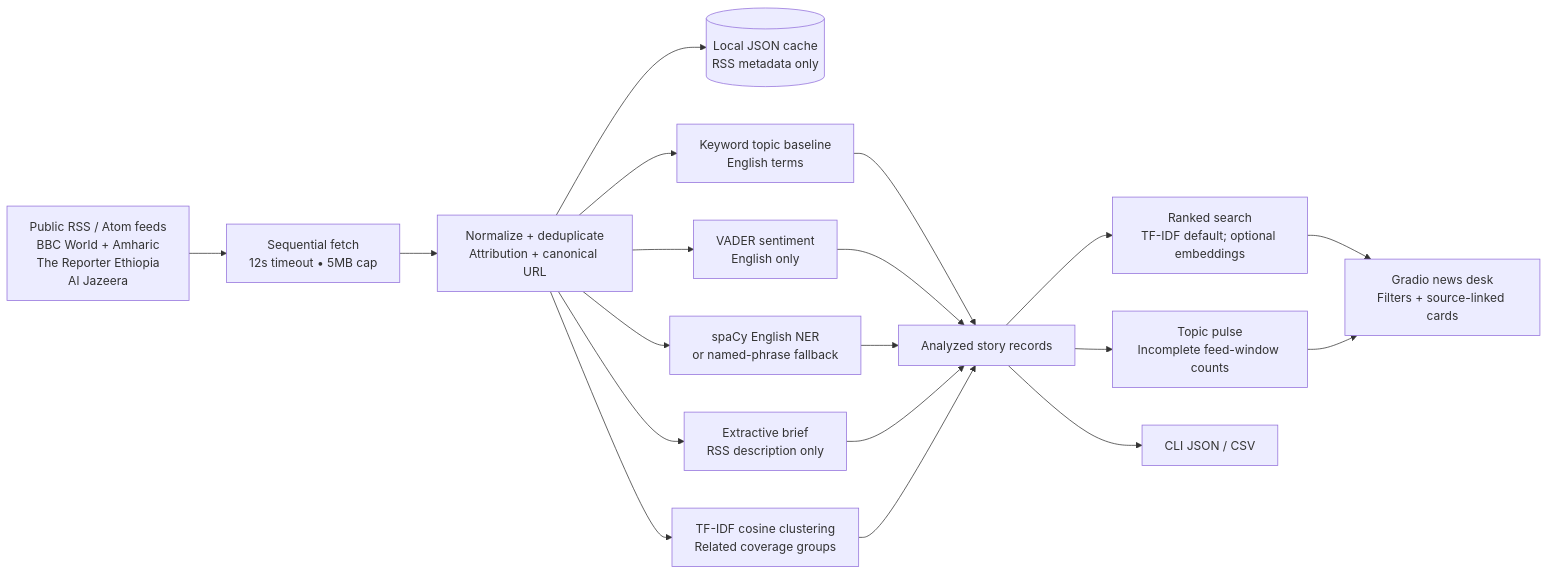
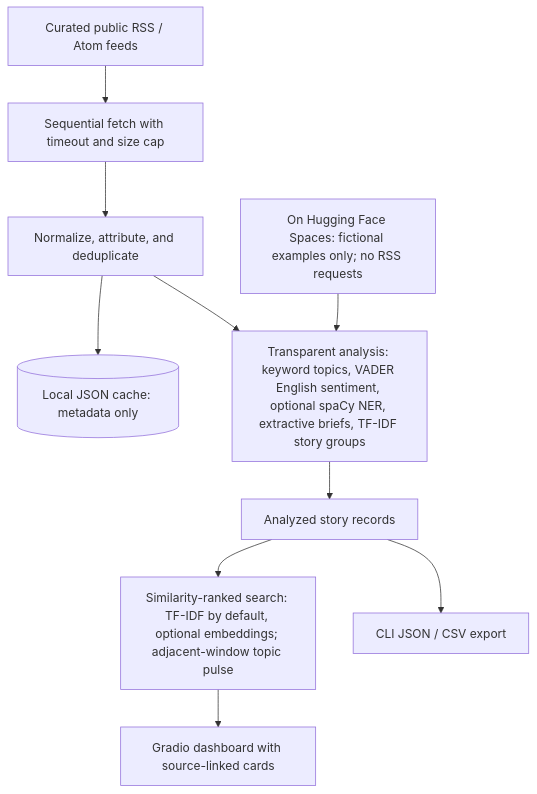
One commit to bereket74/Project_1 changed the diagram in docs/architecture-diagram.mmd. Above: the diagram before and after it, drawn with Mermaid. The commit also changed 8 other files, not shown here.

Commit message:
feat: add synthetic-only demo mode for Spaces

```diff
--- a/docs/architecture-diagram.mmd
+++ b/docs/architecture-diagram.mmd
@@ -1,19 +1,10 @@
-flowchart LR
-    F["Public RSS / Atom feeds<br/>BBC World + Amharic<br/>The Reporter Ethiopia<br/>Al Jazeera"] --> C["Sequential fetch<br/>12s timeout • 5MB cap"]
-    C --> N["Normalize + deduplicate<br/>Attribution + canonical URL"]
-    N --> S[("Local JSON cache<br/>RSS metadata only")]
-    N --> T["Keyword topic baseline<br/>English terms"]
-    N --> V["VADER sentiment<br/>English only"]
-    N --> E["spaCy English NER<br/>or named-phrase fallback"]
-    N --> B["Extractive brief<br/>RSS description only"]
-    N --> X["TF-IDF cosine clustering<br/>Related coverage groups"]
-    T --> P["Analyzed story records"]
-    V --> P
-    E --> P
-    B --> P
-    X --> P
-    P --> Q["Ranked search<br/>TF-IDF default; optional embeddings"]
-    P --> R["Topic pulse<br/>Incomplete feed-window counts"]
-    P --> D["CLI JSON / CSV"]
-    Q --> G["Gradio news desk<br/>Filters + source-linked cards"]
-    R --> G
+flowchart TB
+  feeds[Curated public RSS / Atom feeds] --> collector[Sequential fetch with timeout and size cap]
+  collector --> normalize[Normalize, attribute, and deduplicate]
+  normalize --> cache[(Local JSON cache: metadata only)]
+  demo[On Hugging Face Spaces: fictional examples only; no RSS requests] --> analysis
+  normalize --> analysis[Transparent analysis: keyword topics, VADER English sentiment, optional spaCy NER, extractive briefs, TF-IDF story groups]
+  analysis --> records[Analyzed story records]
+  records --> discovery[Similarity-ranked search: TF-IDF by default, optional embeddings; adjacent-window topic pulse]
+  discovery --> dashboard[Gradio dashboard with source-linked cards]
+  records --> cli[CLI JSON / CSV export]
```
